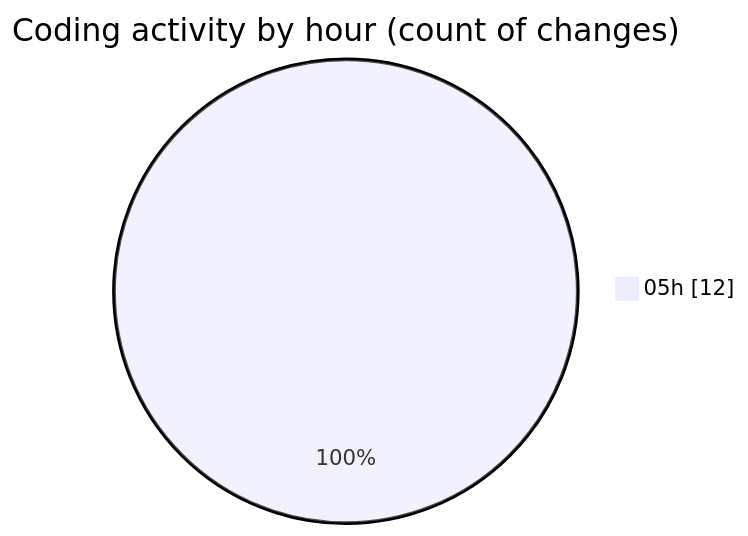
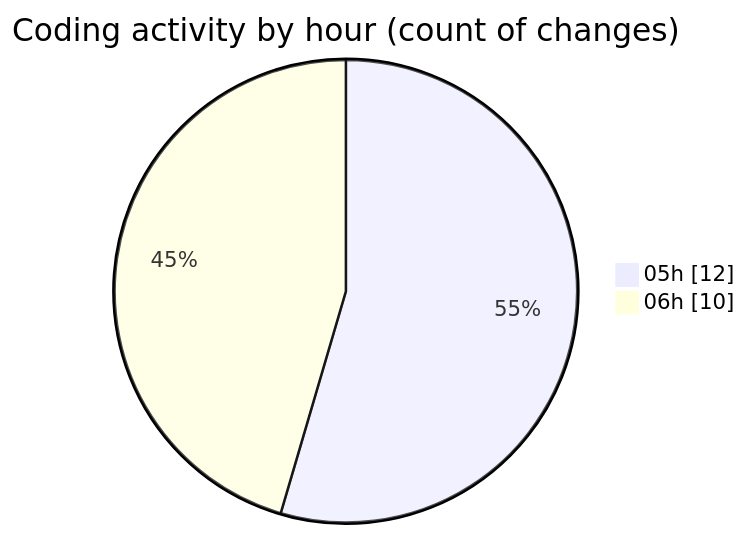
One commit to ernivani/code-tracking changed the second of 2 diagrams in 2024-12-30/leetcode/README.md. Above: the diagram before and after it, drawn with Mermaid. The commit also changed other lines of this file and 3 other files, not shown here.

````diff
--- a/2024-12-30/leetcode/README.md
+++ b/2024-12-30/leetcode/README.md
@@ -32,5 +33,6 @@
 ```mermaid
 pie showData
 title Coding activity by hour (count of changes)
 "05h" : 12
+"06h" : 10
 ```
````
